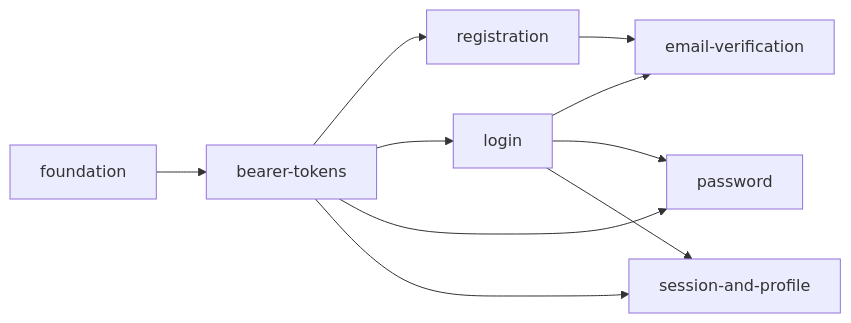
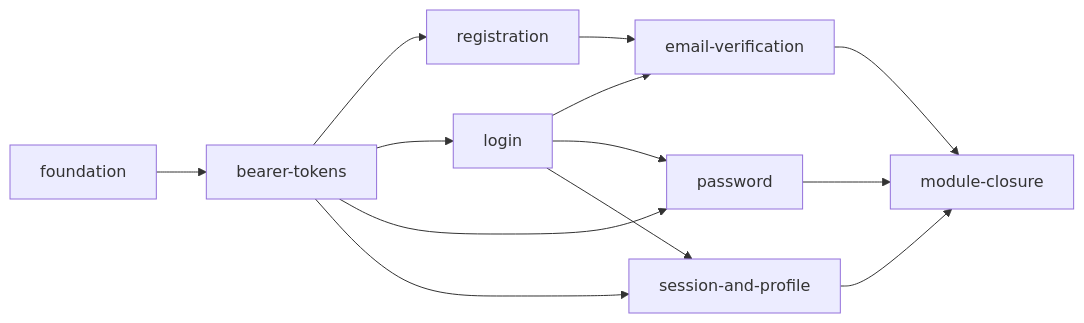
The diagram in .specs/features/auth/README.md (diashelter/fake-link), drawn with Mermaid before and after one commit. The commit also changed other lines of this file and 8 other files, not shown here.

Commit message:
docs(auth): close module-closure documentation and AD-016

````diff
--- a/.specs/features/auth/README.md
+++ b/.specs/features/auth/README.md
@@ -32,12 +33,15 @@
 ```mermaid
 flowchart LR
     foundation --> bearerTokens[bearer-tokens]
     bearerTokens --> registration
     bearerTokens --> login
     registration --> emailVerification[email-verification]
     login --> emailVerification
     bearerTokens --> password
     login --> password
     bearerTokens --> sessionProfile[session-and-profile]
     login --> sessionProfile
+    sessionProfile --> moduleClosure[module-closure]
+    password --> moduleClosure
+    emailVerification --> moduleClosure
 ```
````
